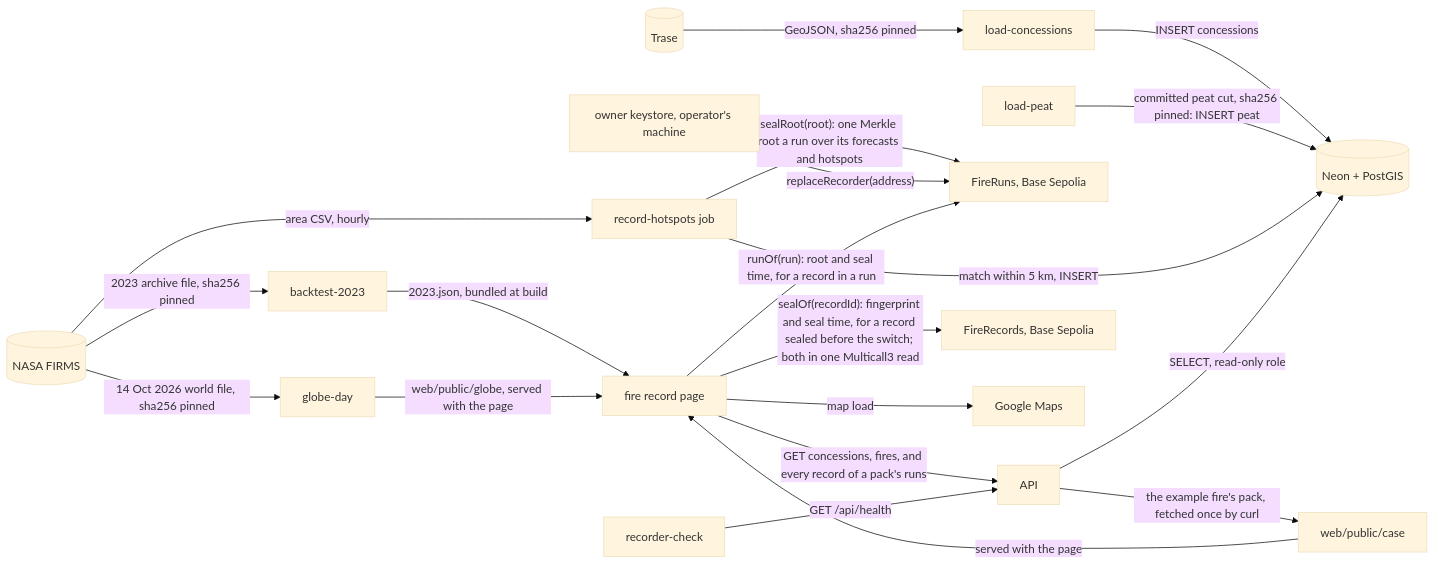
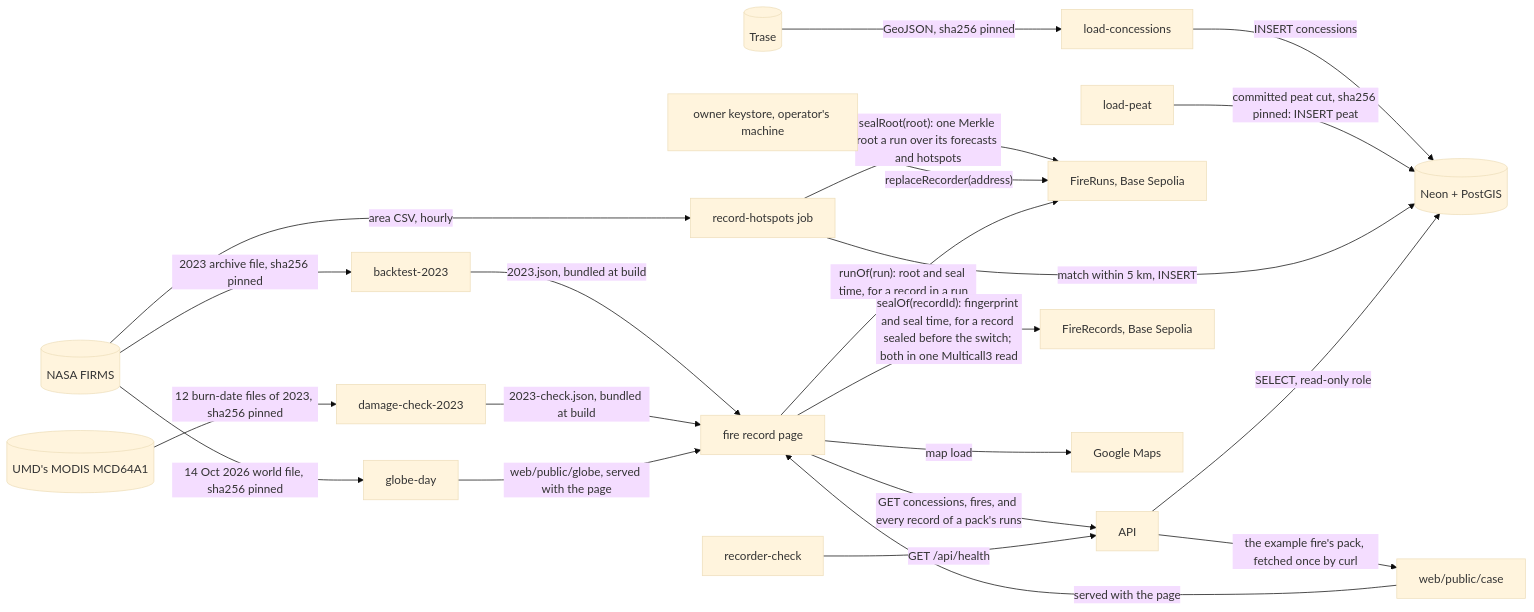
One commit to dzaffren/fire-watch changed the second of 2 diagrams in docs/ARCHITECTURE.md. Above: the diagram before and after it, drawn with Mermaid (base theme). The commit also changed other lines of this file and 2 other files, not shown here.

First line of the commit message:
docs: say how to redo the 2023 damage check

````diff
--- a/docs/ARCHITECTURE.md
+++ b/docs/ARCHITECTURE.md
@@ -19,22 +19,24 @@
 ```mermaid
 flowchart LR
     F[(NASA FIRMS)] -- "area CSV, hourly" --> R[record-hotspots job]
     T[(Trase)] -- "GeoJSON, sha256 pinned" --> L[load-concessions]
     L -- "INSERT concessions" --> D[(Neon + PostGIS)]
     Q[load-peat] -- "committed peat cut, sha256 pinned: INSERT peat" --> D
     R -- "match within 5 km, INSERT" --> D
     R -- "sealRoot(root): one Merkle root a run over its forecasts and hotspots" --> RU[FireRuns, Base Sepolia]
     O[owner keystore, operator's machine] -- "replaceRecorder(address)" --> RU
     A[API] -- "SELECT, read-only role" --> D
     W[fire record page] -- "GET concessions, fires, and every record of a pack's runs" --> A
     W -- "runOf(run): root and seal time, for a record in a run" --> RU
     W -- "sealOf(recordId): fingerprint and seal time, for a record sealed before the switch; both in one Multicall3 read" --> C[FireRecords, Base Sepolia]
     W -- "map load" --> G[Google Maps]
     K[recorder-check] -- "GET /api/health" --> A
     F -- "2023 archive file, sha256 pinned" --> B[backtest-2023]
     B -- "2023.json, bundled at build" --> W
+    M[(UMD's MODIS MCD64A1)] -- "12 burn-date files of 2023, sha256 pinned" --> DC[damage-check-2023]
+    DC -- "2023-check.json, bundled at build" --> W
     F -- "14 Oct 2026 world file, sha256 pinned" --> GD[globe-day]
     GD -- "web/public/globe, served with the page" --> W
     A -- "the example fire's pack, fetched once by curl" --> CP[web/public/case]
     CP -- "served with the page" --> W
 ```
````
